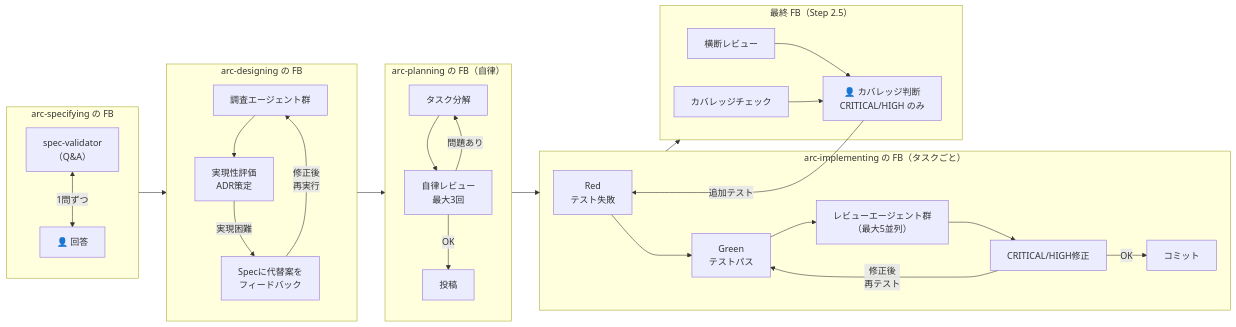
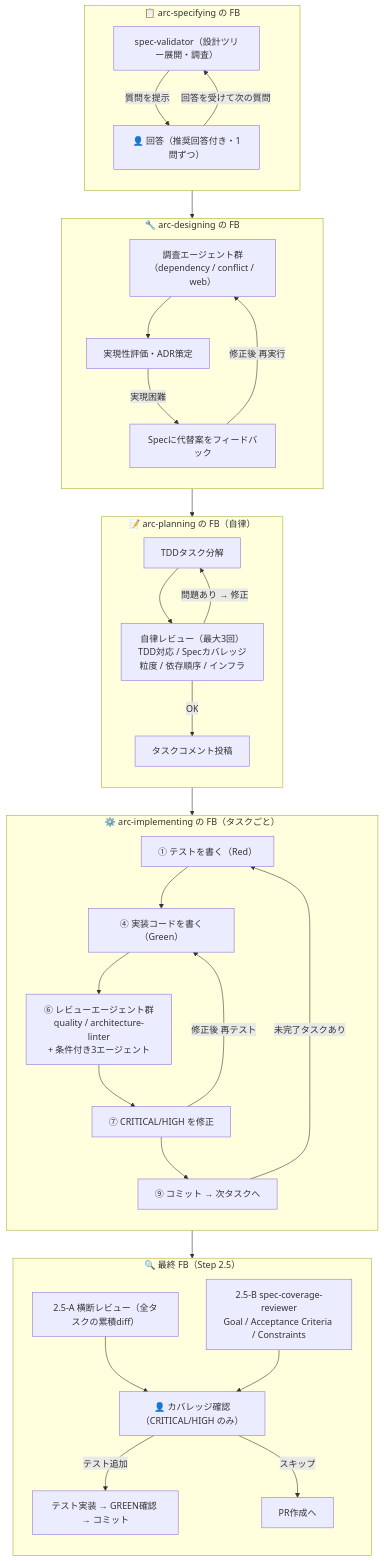
Before and after one commit to kogatakanori/skills: the fourth of 4 diagrams in plugins/arc/docs/arc-flow.md, drawn with Mermaid. The commit also changed other lines of this file, not shown here.

First line of the commit message:
docs(arc): フロー図を縦表示（TD）に統一・FBループ図を詳細化

````diff
--- a/plugins/arc/docs/arc-flow.md
+++ b/plugins/arc/docs/arc-flow.md
@@ -340,43 +341,55 @@
 ```mermaid
-flowchart LR
-    subgraph SPEC_FB["arc-specifying の FB"]
-        sv2["spec-validator\n（Q&A）"]
-        HU1["👤 回答"]
-        sv2 <-->|"1問ずつ"| HU1
+flowchart TD
+    subgraph SPEC_FB["📋 arc-specifying の FB"]
+        direction TB
+        sv2["spec-validator（設計ツリー展開・調査）"]
+        HU1["👤 回答（推奨回答付き・1問ずつ）"]
+        sv2 -->|"質問を提示"| HU1
+        HU1 -->|"回答を受けて次の質問"| sv2
     end
 
-    subgraph DESIGN_FB["arc-designing の FB"]
-        inv["調査エージェント群"]
-        eval["実現性評価\nADR策定"]
+    subgraph DESIGN_FB["🔧 arc-designing の FB"]
+        direction TB
+        inv["調査エージェント群（dependency / conflict / web）"]
+        eval["実現性評価・ADR策定"]
+        alt["Specに代替案をフィードバック"]
         inv --> eval
-        eval -->|"実現困難"| spec_update["Specに代替案を\nフィードバック"]
-        spec_update -->|"修正後\n再実行"| inv
+        eval -->|"実現困難"| alt
+        alt -->|"修正後 再実行"| inv
     end
 
-    subgraph PLAN_FB["arc-planning の FB（自律）"]
-        task["タスク分解"]
-        review["自律レビュー\n最大3回"]
-        task --> review -->|"問題あり"| task
-        review -->|"OK"| post["投稿"]
+    subgraph PLAN_FB["📝 arc-planning の FB（自律）"]
+        direction TB
+        task["TDDタスク分解"]
+        review["自律レビュー（最大3回）\nTDD対応 / Specカバレッジ\n粒度 / 依存順序 / インフラ"]
+        task --> review
+        review -->|"問題あり → 修正"| task
+        review -->|"OK"| post["タスクコメント投稿"]
     end
 
-    subgraph IMPL_FB["arc-implementing の FB（タスクごと）"]
-        red["Red\nテスト失敗"]
-        green["Green\nテストパス"]
-        agents["レビューエージェント群\n（最大5並列）"]
-        fix["CRITICAL/HIGH修正"]
-        red --> green --> agents --> fix -->|"修正後\n再テスト"| green
-        fix -->|"OK"| commit["コミット"]
+    subgraph IMPL_FB["⚙️ arc-implementing の FB（タスクごと）"]
+        direction TB
+        red["① テストを書く（Red）"]
+        green["④ 実装コードを書く（Green）"]
+        agents["⑥ レビューエージェント群\nquality / architecture-linter\n+ 条件付き3エージェント"]
+        fix["⑦ CRITICAL/HIGH を修正"]
+        commit["⑨ コミット → 次タスクへ"]
+        red --> green --> agents --> fix
+        fix -->|"修正後 再テスト"| green
+        fix --> commit
+        commit -->|"未完了タスクあり"| red
     end
 
-    subgraph FINAL_FB["最終 FB（Step 2.5）"]
-        cross["横断レビュー"]
-        cov["カバレッジチェック"]
-        HU2["👤 カバレッジ判断\nCRITICAL/HIGH のみ"]
+    subgraph FINAL_FB["🔍 最終 FB（Step 2.5）"]
+        direction TB
+        cross["2.5-A 横断レビュー（全タスクの累積diff）"]
+        cov["2.5-B spec-coverage-reviewer\nGoal / Acceptance Criteria / Constraints"]
+        HU2["👤 カバレッジ確認（CRITICAL/HIGH のみ）"]
         cross --> HU2
         cov --> HU2
-        HU2 -->|"追加テスト"| red
+        HU2 -->|"テスト追加"| addtest["テスト実装 → GREEN確認 → コミット"]
+        HU2 -->|"スキップ"| pr["PR作成へ"]
     end
 
     SPEC_FB --> DESIGN_FB --> PLAN_FB --> IMPL_FB --> FINAL_FB
 ```
````
